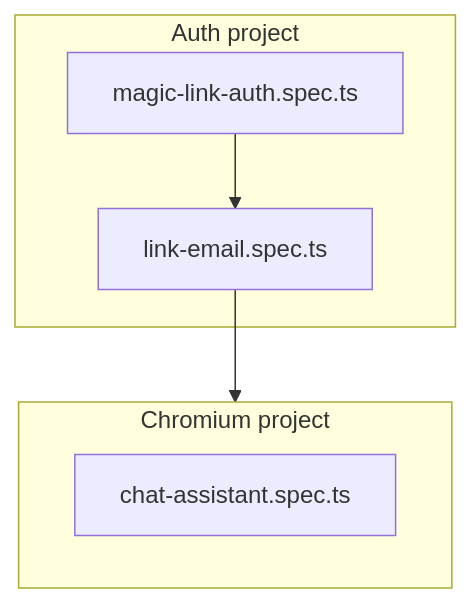
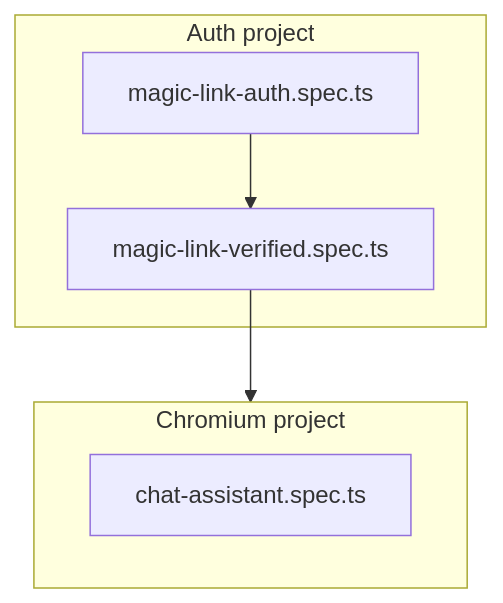
The diagram in apps/docu/content/docs/testing/e2e-testing.mdx (blockmatic/basilic), drawn with Mermaid before and after one commit. The commit also changed other lines of this file and 2 other files, not shown here.

Commit message:
docs(docu): update auth and e2e docs for verified email, remove link-email (phase 6)
- authentication.mdx: remove link-email flow, add Web3 SIGNUP_REQUIRED/EMAIL_VERIFICATION_REQUIRED, verified accounts overview
- frontend-stack.mdx: remove useLinkEmail
- e2e-testing.mdx: link-email -> magic-link-verified

````diff
--- a/apps/docu/content/docs/testing/e2e-testing.mdx
+++ b/apps/docu/content/docs/testing/e2e-testing.mdx
@@ -102,13 +102,13 @@
 ```mermaid
 flowchart TB
   subgraph AuthProj [Auth project]
     MagicLinkAuth[magic-link-auth.spec.ts]
-    LinkEmail[link-email.spec.ts]
+    MagicLinkVerified[magic-link-verified.spec.ts]
   end
 
   subgraph ChromiumProj [Chromium project]
     ChatAssistant[chat-assistant.spec.ts]
   end
 
-  MagicLinkAuth --> LinkEmail --> ChromiumProj
+  MagicLinkAuth --> MagicLinkVerified --> ChromiumProj
 ```
````
